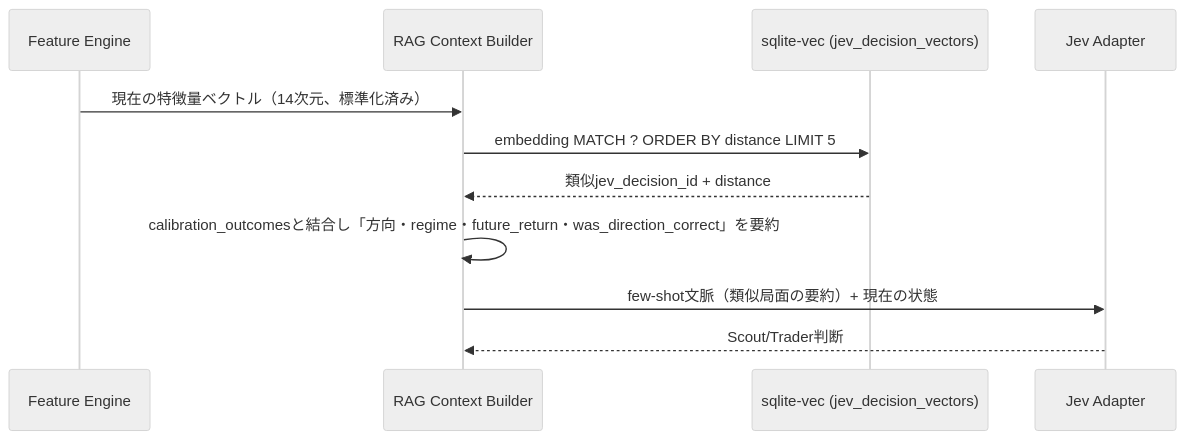
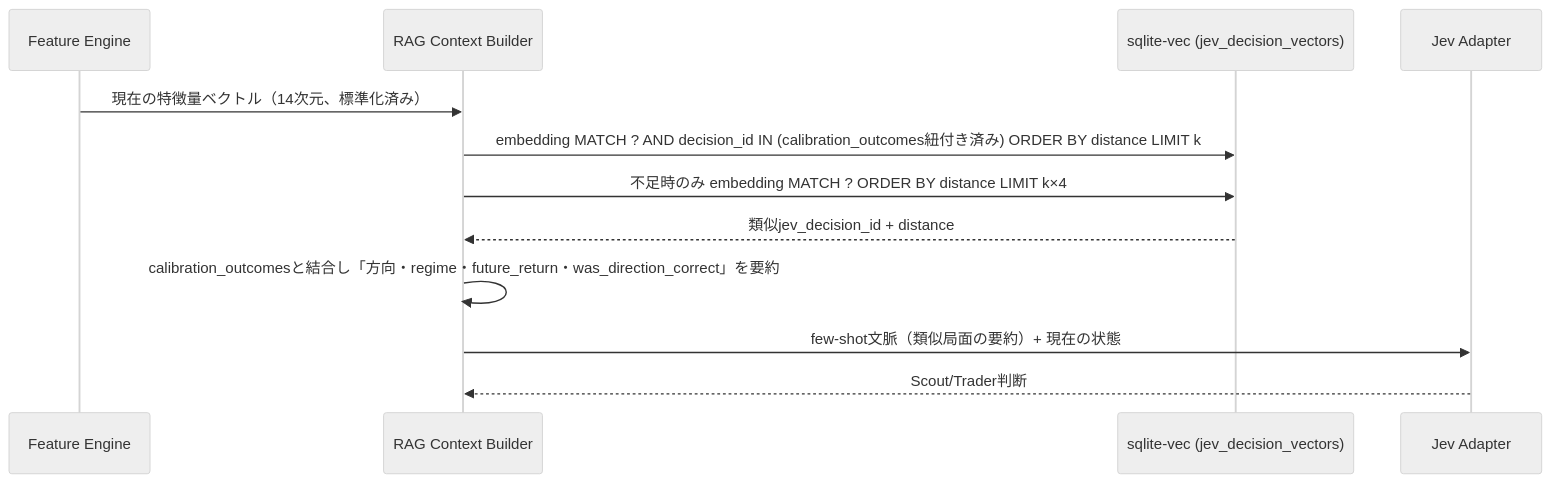
The first of 4 diagrams in docs/architecture/overview/integrations.md (ousiassllc/pitha-trador), drawn with Mermaid (neutral theme) before and after one commit. The commit also changed other lines of this file and 11 other files, not shown here.

````diff
--- a/docs/architecture/overview/integrations.md
+++ b/docs/architecture/overview/integrations.md
@@ -43,14 +43,15 @@
 ```mermaid
 sequenceDiagram
     participant FE as Feature Engine
     participant RAG as RAG Context Builder
     participant VEC as sqlite-vec (jev_decision_vectors)
     participant JEV as Jev Adapter
 
     FE->>RAG: 現在の特徴量ベクトル（14次元、標準化済み）
-    RAG->>VEC: embedding MATCH ? ORDER BY distance LIMIT 5
+    RAG->>VEC: embedding MATCH ? AND decision_id IN (calibration_outcomes紐付き済み) ORDER BY distance LIMIT k
+    RAG->>VEC: 不足時のみ embedding MATCH ? ORDER BY distance LIMIT k×4
     VEC-->>RAG: 類似jev_decision_id + distance
     RAG->>RAG: calibration_outcomesと結合し「方向・regime・future_return・was_direction_correct」を要約
     RAG->>JEV: few-shot文脈（類似局面の要約）+ 現在の状態
     JEV-->>RAG: Scout/Trader判断
 ```
````
